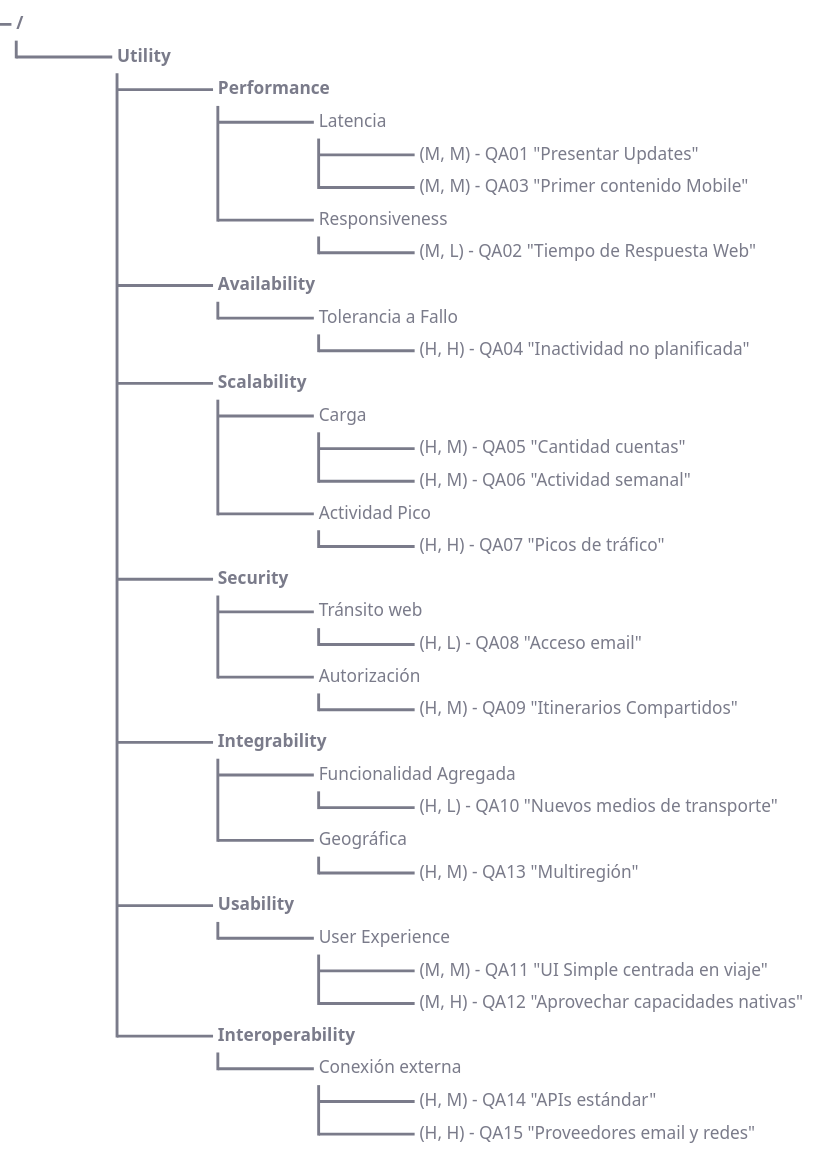
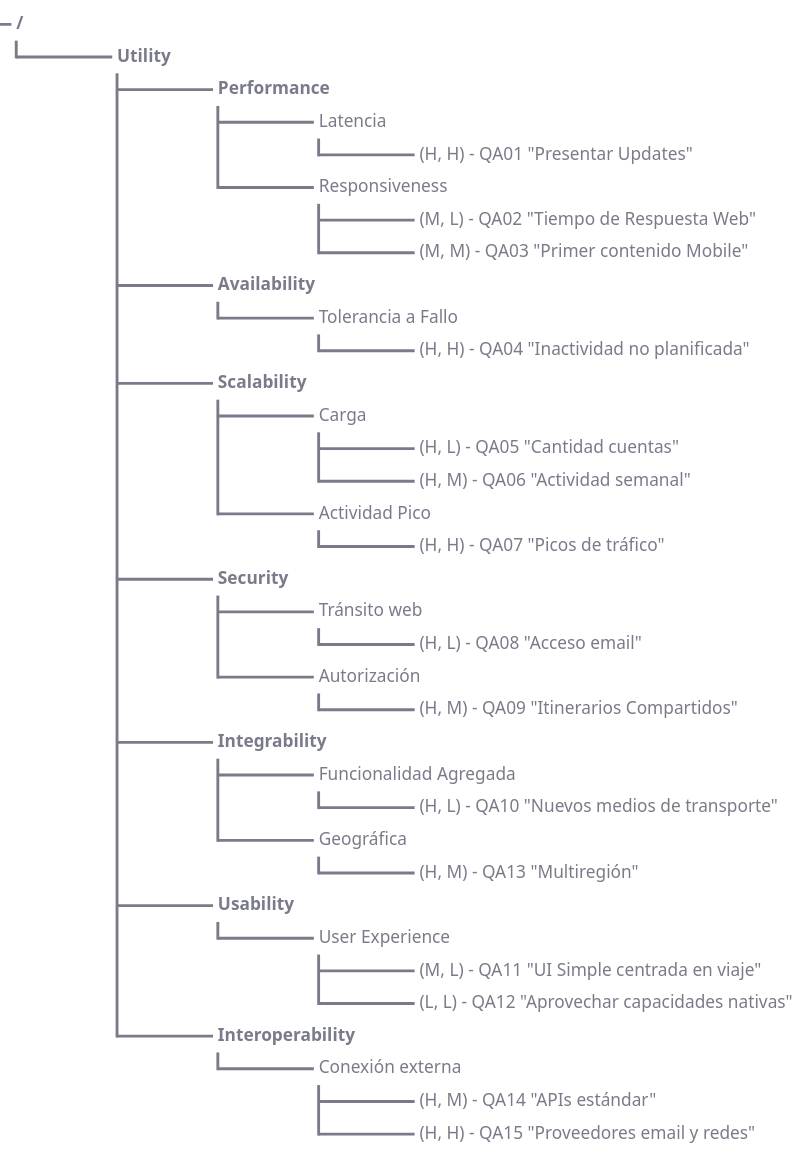
The diagram in docs/01-drivers/ArchitecturalDrivers.md (RubeKN/trotamundos), drawn with Mermaid before and after one commit.

Commit message:
Ajuste algunos (negocio, dif. tecnica) apoyandome con la skill

````diff
--- a/docs/01-drivers/ArchitecturalDrivers.md
+++ b/docs/01-drivers/ArchitecturalDrivers.md
@@ -272,55 +272,50 @@
 ```Mermaid
 ---
 config:
     treeView:
         rowIndent: 100
         lineThickness: 3
     themeVariables:
         treeView:
             labelFontSize: '18px'
             labelColor: '#7a7b8a'
             lineColor: '#7a7b8a'
 ---
 treeView-beta
 title Utility Tree
 
 Utility/
-
     Performance/
         Latencia
-            (M, M) - QA01 "Presentar Updates"
-            (M, M) - QA03 "Primer contenido Mobile"
+            (H, H) - QA01 "Presentar Updates"
         Responsiveness
             (M, L) - QA02 "Tiempo de Respuesta Web"
-
+            (M, M) - QA03 "Primer contenido Mobile"
     Availability/
         Tolerancia a Fallo
             (H, H) - QA04 "Inactividad no planificada"
-
     Scalability/
         Carga
-            (H, M) - QA05 "Cantidad cuentas"
+            (H, L) - QA05 "Cantidad cuentas"
             (H, M) - QA06 "Actividad semanal"
         Actividad Pico
             (H, H) - QA07 "Picos de tráfico"
-
     Security/
         Tránsito web
             (H, L) - QA08 "Acceso email"
         Autorización
             (H, M) - QA09 "Itinerarios Compartidos"
-
     Integrability/
         Funcionalidad Agregada
             (H, L) - QA10 "Nuevos medios de transporte"
         Geográfica
             (H, M) - QA13 "Multiregión"
     Usability/
         User Experience
-            (M, M) - QA11 "UI Simple centrada en viaje"
-            (M, H) - QA12 "Aprovechar capacidades nativas"
+            (M, L) - QA11 "UI Simple centrada en viaje"
+            (L, L) - QA12 "Aprovechar capacidades nativas"
     Interoperability/
         Conexión externa
             (H, M) - QA14 "APIs estándar"
             (H, H) - QA15 "Proveedores email y redes"
 ```
````
